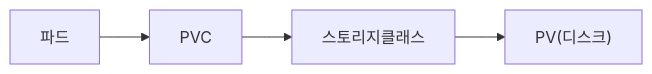
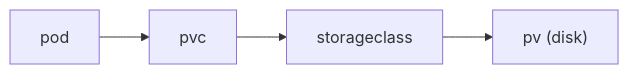
One commit to yeongseon-books/book-content changed the diagram in content/kubernetes-101/ko/07-volume.md. Above: the diagram before and after it, drawn with Mermaid. The commit also changed other lines of this file and 9 other files, not shown here.

````diff
--- a/content/kubernetes-101/ko/07-volume.md
+++ b/content/kubernetes-101/ko/07-volume.md
@@ -49,6 +49,6 @@
 ```mermaid
 flowchart LR
-    Pod["파드"] --> PVC["PVC"]
-    PVC --> SC["스토리지클래스"]
-    SC --> PV["PV(디스크)"]
+    Pod["pod"] --> PVC["pvc"]
+    PVC --> SC["storageclass"]
+    SC --> PV["pv (disk)"]
 ```
````
